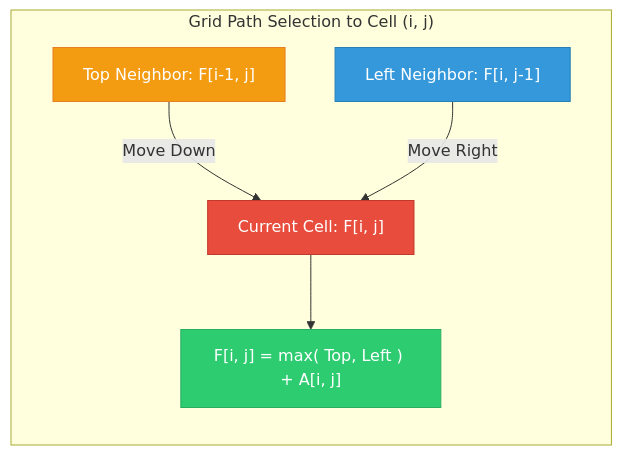
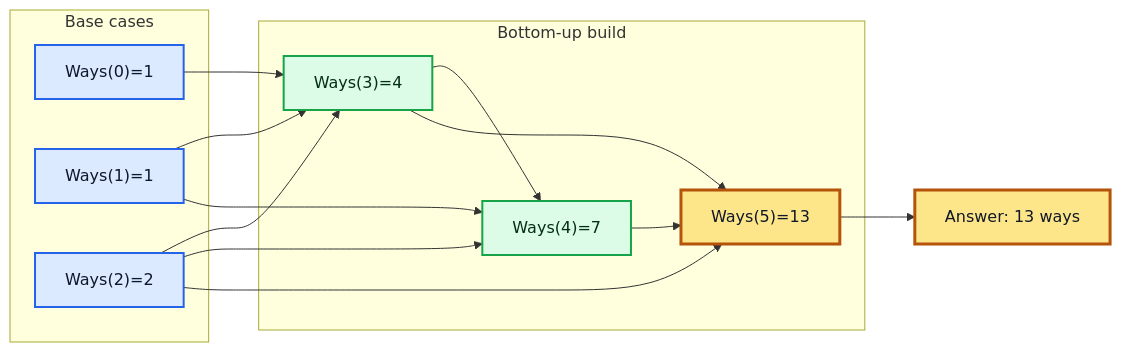
One commit to M-F-Tushar/CSE-2201-2202-Algorithm-Design-and-Analysis-Sessional changed the seventh of 18 diagrams in Chapter 8 - Dynamic Programming/README.md. Above: the diagram before and after it, drawn with Mermaid. The commit also changed other lines of this file, not shown here.

````diff
--- a/Chapter 8 - Dynamic Programming/README.md
+++ b/Chapter 8 - Dynamic Programming/README.md
@@ -549,15 +414,32 @@
 ```mermaid
-graph TD
-    subgraph "Grid Path Selection to Cell (i, j)"
-        direction TB
-        Top["Top Neighbor: F[i-1, j]"] -->|Move Down| Current["Current Cell: F[i, j]"]
-        Left["Left Neighbor: F[i, j-1]"] -->|Move Right| Current
-        
-        Current --> Formula["F[i, j] = max( Top, Left ) + A[i, j]"]
-        
-        style Top fill:#f39c12,stroke:#e67e22,color:#fff
-        style Left fill:#3498db,stroke:#2980b9,color:#fff
-        style Current fill:#e74c3c,stroke:#c0392b,color:#fff
-        style Formula fill:#2ecc71,stroke:#27ae60,color:#fff
+flowchart LR
+    subgraph BaseCases[Base cases]
+        W0["Ways(0)=1"]
+        W1["Ways(1)=1"]
+        W2["Ways(2)=2"]
     end
+
+    subgraph Build[Bottom-up build]
+        W3["Ways(3)=4"]
+        W4["Ways(4)=7"]
+        W5["Ways(5)=13"]
+    end
+
+    W0 --> W3
+    W1 --> W3
+    W2 --> W3
+    W1 --> W4
+    W2 --> W4
+    W3 --> W4
+    W2 --> W5
+    W3 --> W5
+    W4 --> W5
+    W5 --> Answer["Answer: 13 ways"]
+
+    classDef base fill:#dbeafe,stroke:#2563eb,stroke-width:2px,color:#0f172a;
+    classDef computed fill:#dcfce7,stroke:#16a34a,stroke-width:2px,color:#052e16;
+    classDef answer fill:#fde68a,stroke:#b45309,stroke-width:3px,color:#111827;
+    class W0,W1,W2 base;
+    class W3,W4 computed;
+    class W5,Answer answer;
 ```
````
